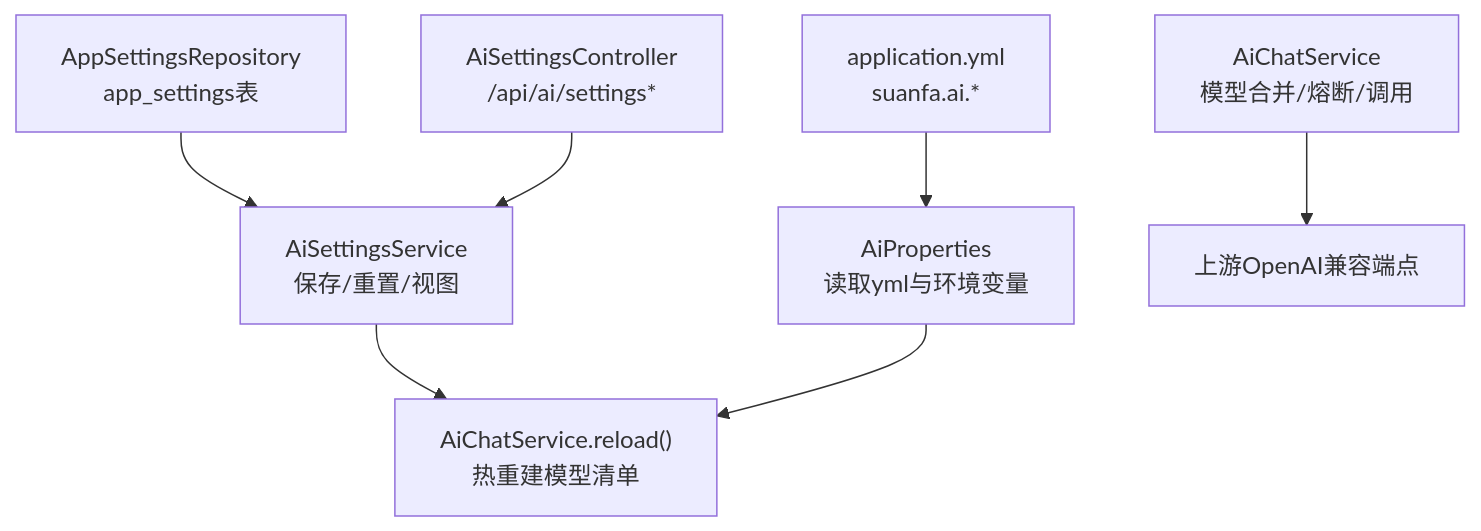
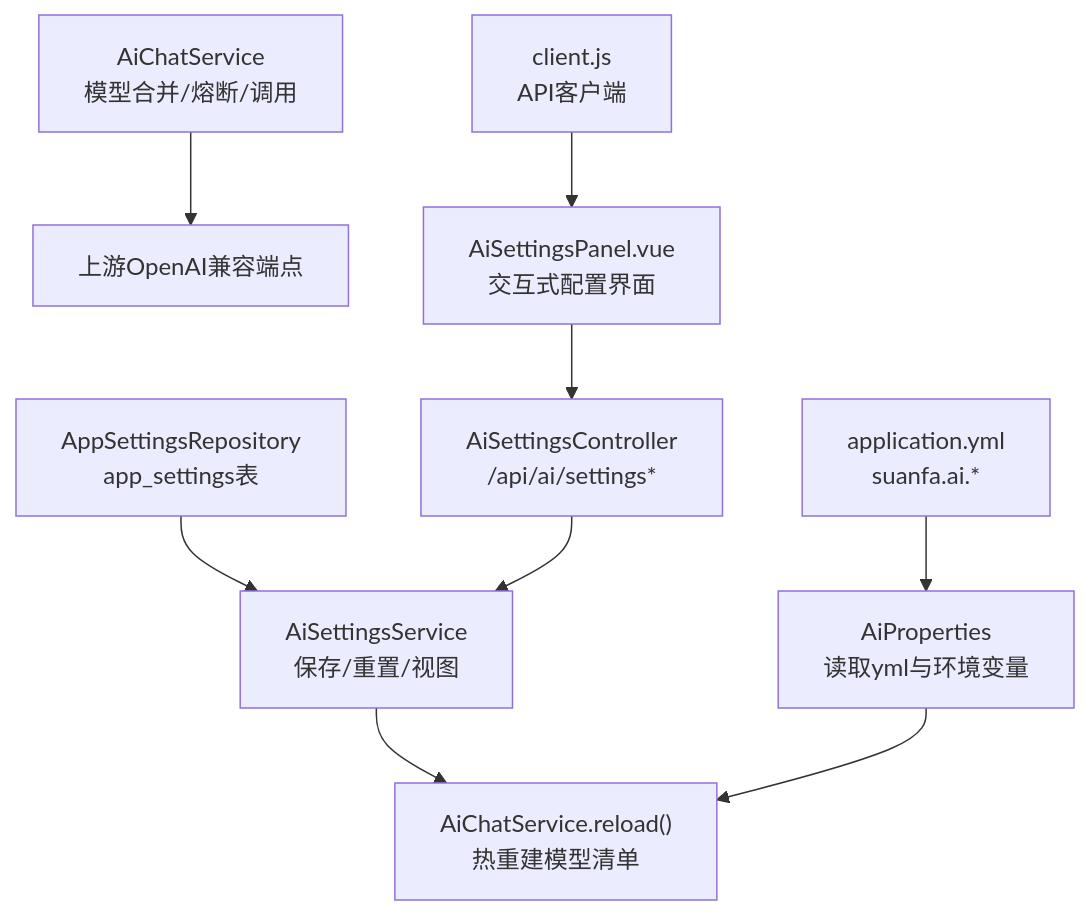
Before and after one commit to huangman881112/aiforip: the first of 3 diagrams in .qoder/repowiki/zh/content/AI系统集成/AI配置管理.md, drawn with Mermaid. The commit also changed other lines of this file and 69 other files, not shown here.

````diff
--- a/.qoder/repowiki/zh/content/AI系统集成/AI配置管理.md
+++ b/.qoder/repowiki/zh/content/AI系统集成/AI配置管理.md
@@ -39,9 +51,11 @@
 ```mermaid
 graph TB
 A["application.yml<br/>suanfa.ai.*"] --> B["AiProperties<br/>读取yml与环境变量"]
 C["AppSettingsRepository<br/>app_settings表"] --> D["AiSettingsService<br/>保存/重置/视图"]
 D --> E["AiChatService.reload()<br/>热重建模型清单"]
 B --> E
 F["AiSettingsController<br/>/api/ai/settings*"] --> D
 G["AiChatService<br/>模型合并/熔断/调用"] --> H["上游OpenAI兼容端点"]
+I["AiSettingsPanel.vue<br/>交互式配置界面"] --> F
+J["client.js<br/>API客户端"] --> I
 ```
````
